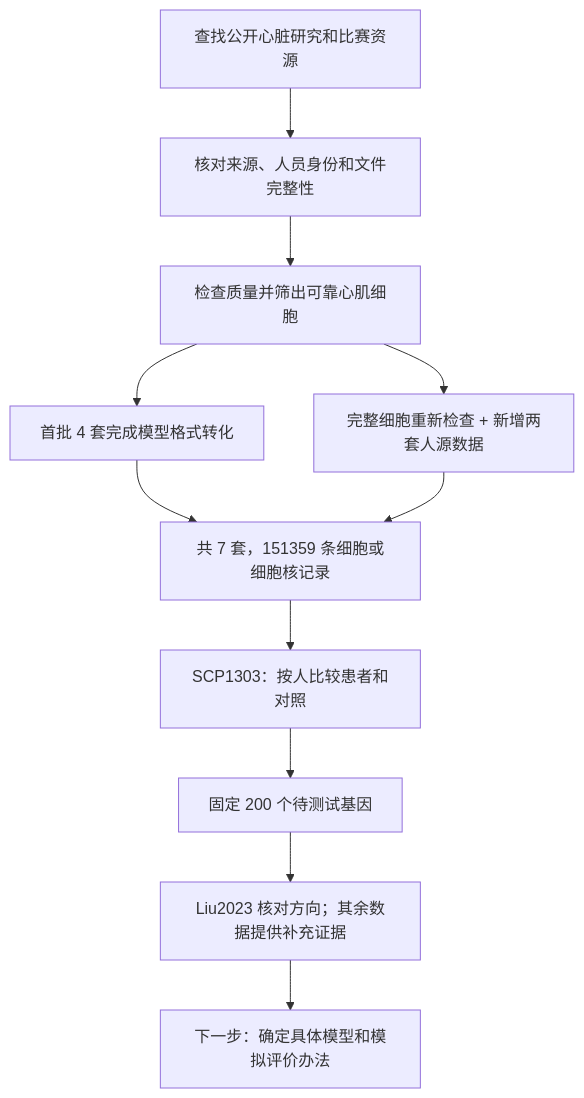
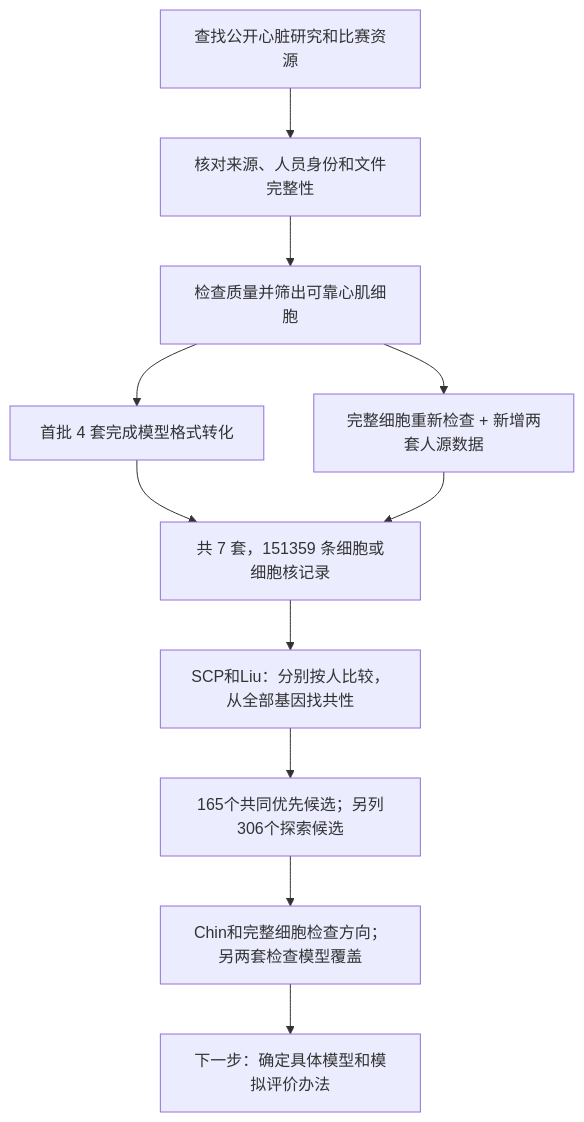
Before and after one commit to zhome1226/hcm-geneformer: the diagram in PROJECT_OVERVIEW.md, drawn with Mermaid. The commit also changed other lines of this file and 43 other files, not shown here.

````diff
--- a/PROJECT_OVERVIEW.md
+++ b/PROJECT_OVERVIEW.md
@@ -25,13 +26,13 @@
 ```mermaid
 flowchart TD
     A[查找公开心脏研究和比赛资源] --> B[核对来源、人员身份和文件完整性]
     B --> C[检查质量并筛出可靠心肌细胞]
     C --> D[首批 4 套完成模型格式转化]
     C --> E[完整细胞重新检查 + 新增两套人源数据]
     D --> F[共 7 套，151359 条细胞或细胞核记录]
     E --> F
-    F --> G[SCP1303：按人比较患者和对照]
-    G --> H[固定 200 个待测试基因]
-    H --> I[Liu2023 核对方向；其余数据提供补充证据]
+    F --> G[SCP和Liu：分别按人比较，从全部基因找共性]
+    G --> H[165个共同优先候选；另列306个探索候选]
+    H --> I[Chin和完整细胞检查方向；另两套检查模型覆盖]
     I --> J[下一步：确定具体模型和模拟评价办法]
 ```
````
